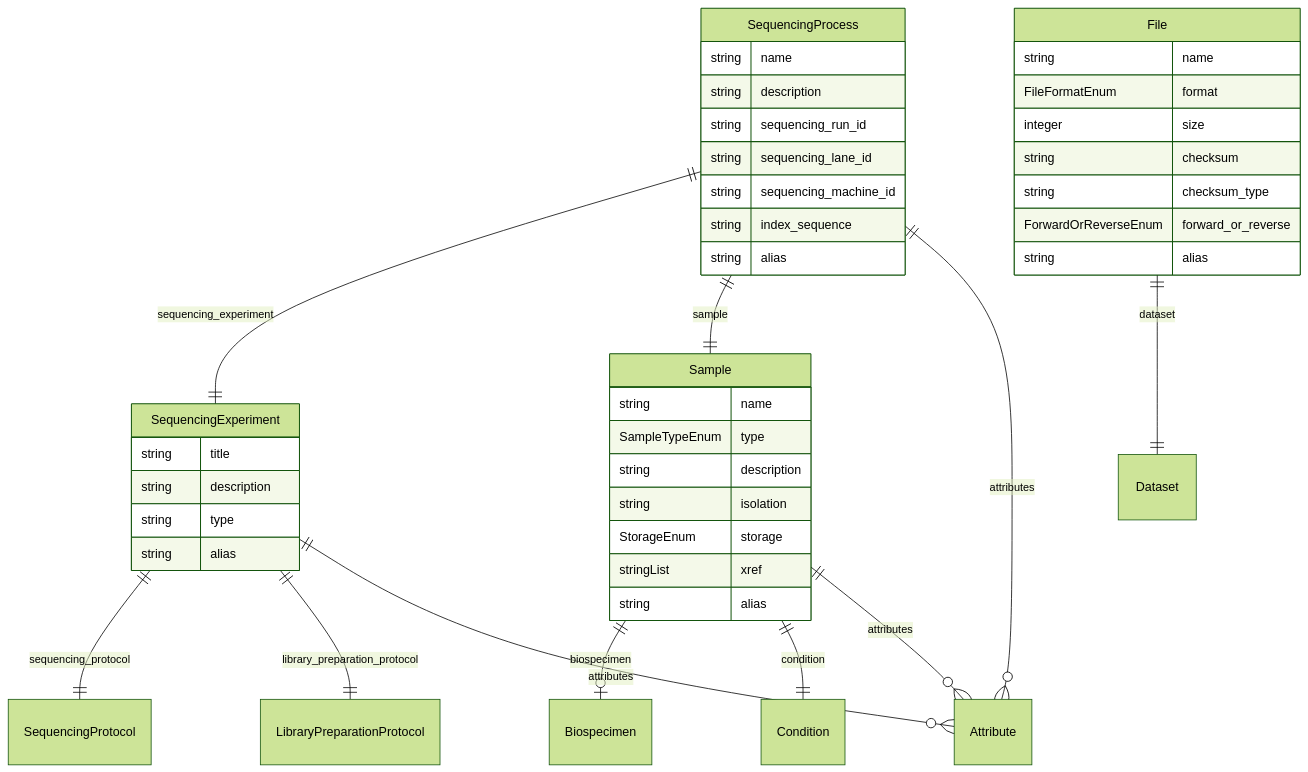
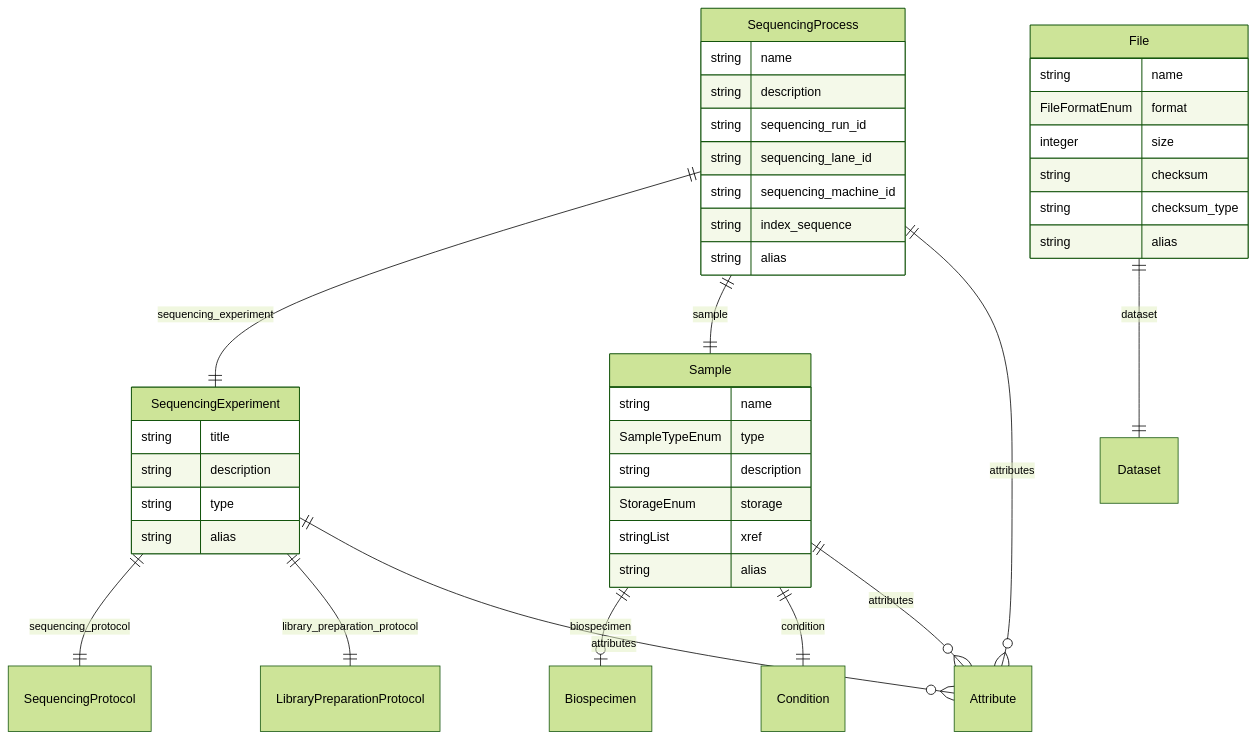
Before and after one commit to ghga-de/ghga-metadata-schema: the sixth of 7 diagrams in docs/entity_relations.md, drawn with Mermaid (forest theme). The commit also changed other lines of this file and 48 other files, not shown here.

````diff
--- a/docs/entity_relations.md
+++ b/docs/entity_relations.md
@@ -268,48 +267,46 @@
 ```mermaid
 erDiagram
 SequencingProcess {
     string name  
     string description  
     string sequencing_run_id  
     string sequencing_lane_id  
     string sequencing_machine_id  
     string index_sequence  
     string alias  
 }
 File {
     string name  
     FileFormatEnum format  
     integer size  
     string checksum  
     string checksum_type  
-    ForwardOrReverseEnum forward_or_reverse  
     string alias  
 }
 Sample {
     string name  
     SampleTypeEnum type  
     string description  
-    string isolation  
     StorageEnum storage  
     stringList xref  
     string alias  
 }
 SequencingExperiment {
     string title  
     string description  
     string type  
     string alias  
 }
 
 SequencingProcess ||--|| SequencingExperiment : "sequencing_experiment"
 SequencingProcess ||--|| Sample : "sample"
 SequencingProcess ||--}o Attribute : "attributes"
 File ||--|| Dataset : "dataset"
 Sample ||--|o Biospecimen : "biospecimen"
 Sample ||--|| Condition : "condition"
 Sample ||--}o Attribute : "attributes"
 SequencingExperiment ||--|| SequencingProtocol : "sequencing_protocol"
 SequencingExperiment ||--|| LibraryPreparationProtocol : "library_preparation_protocol"
 SequencingExperiment ||--}o Attribute : "attributes"
 
 ```
````
